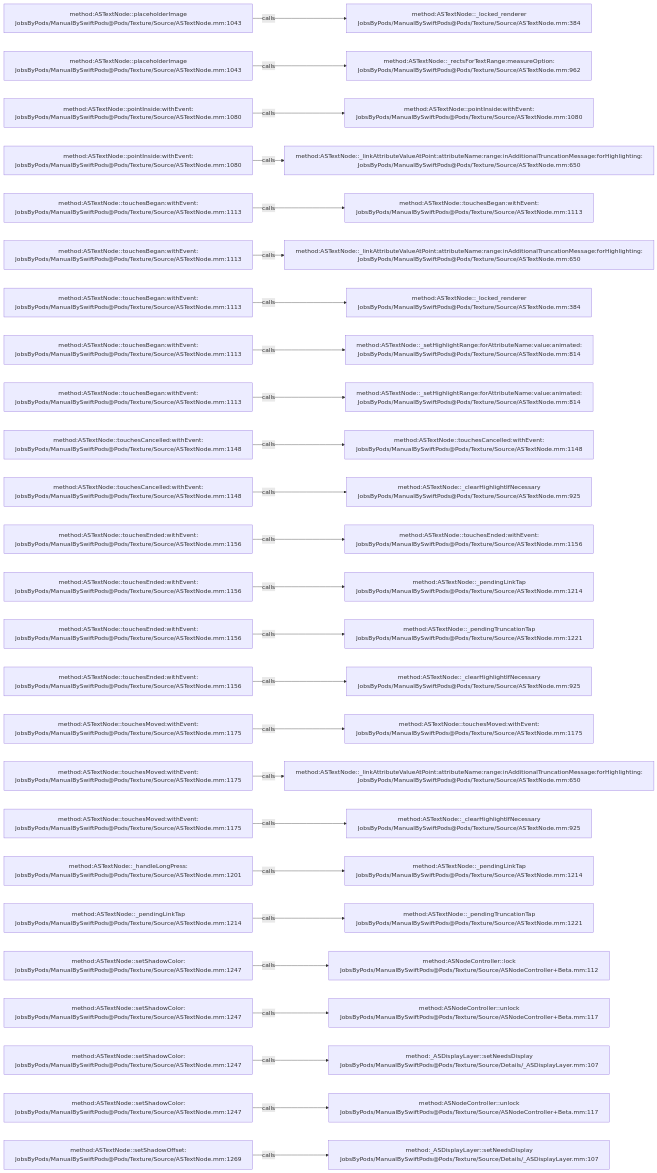
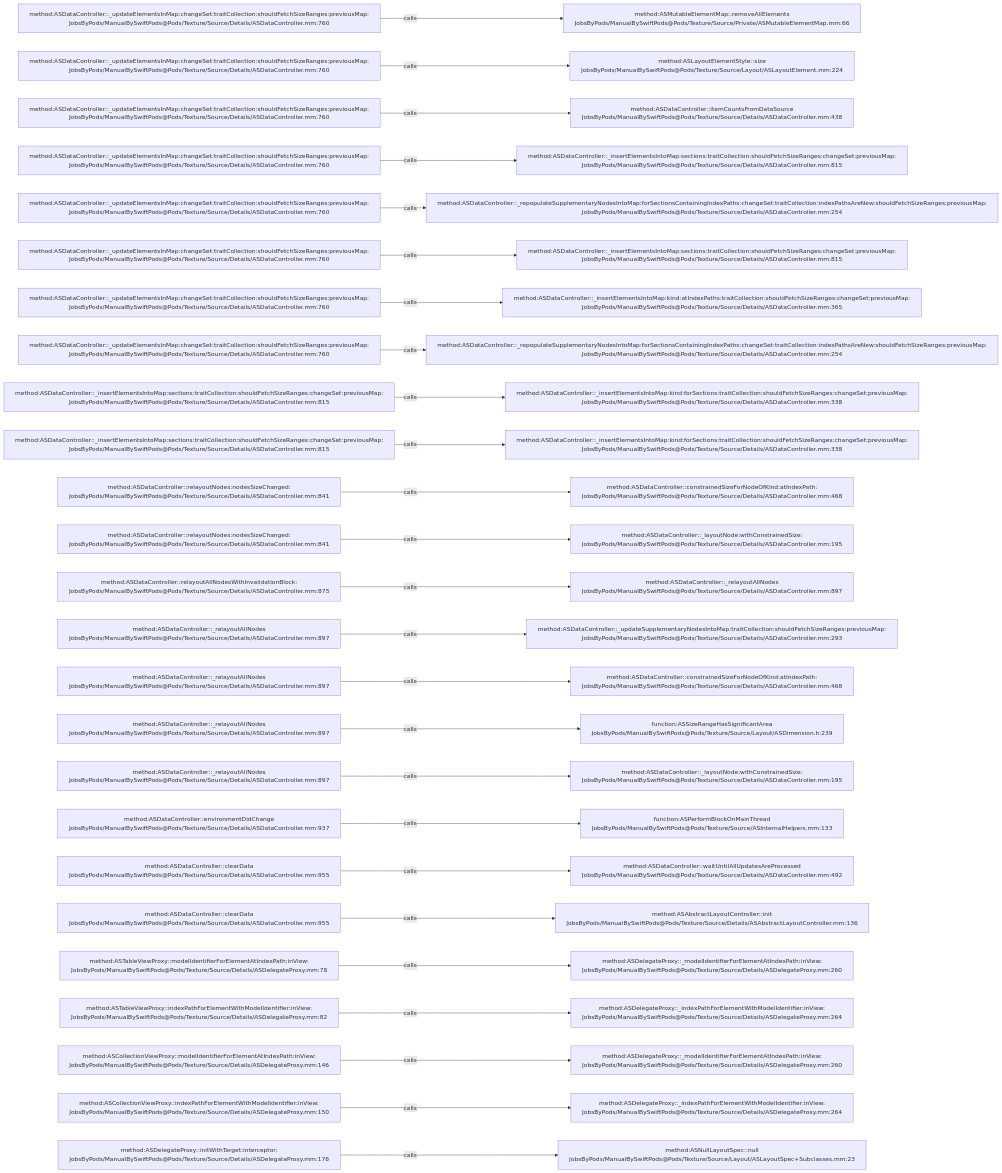
Before and after one commit to JobsKits/JobsSwiftBaseConfigDemo: the diagram in .codegraph/codegraph.md/graphs/calls-087.md, drawn with Mermaid. The commit also changed 832 other files, not shown here.

````diff
--- a/.codegraph/codegraph.md/graphs/calls-087.md
+++ b/.codegraph/codegraph.md/graphs/calls-087.md
@@ -13,78 +13,78 @@
 ```mermaid
 flowchart LR
-  S1["method:ASTextNode::placeholderImage<br/>JobsByPods/ManualBySwiftPods@Pods/Texture/Source/ASTextNode.mm:1043"]
-  T1["method:ASTextNode::_locked_renderer<br/>JobsByPods/ManualBySwiftPods@Pods/Texture/Source/ASTextNode.mm:384"]
+  S1["method:ASDataController::_updateElementsInMap:changeSet:traitCollection:shouldFetchSizeRanges:previousMap:<br/>JobsByPods/ManualBySwiftPods@Pods/Texture/Source/Details/ASDataController.mm:760"]
+  T1["method:ASMutableElementMap::removeAllElements<br/>JobsByPods/ManualBySwiftPods@Pods/Texture/Source/Private/ASMutableElementMap.mm:66"]
   S1 -->|calls| T1
-  S2["method:ASTextNode::placeholderImage<br/>JobsByPods/ManualBySwiftPods@Pods/Texture/Source/ASTextNode.mm:1043"]
-  T2["method:ASTextNode::_rectsForTextRange:measureOption:<br/>JobsByPods/ManualBySwiftPods@Pods/Texture/Source/ASTextNode.mm:962"]
+  S2["method:ASDataController::_updateElementsInMap:changeSet:traitCollection:shouldFetchSizeRanges:previousMap:<br/>JobsByPods/ManualBySwiftPods@Pods/Texture/Source/Details/ASDataController.mm:760"]
+  T2["method:ASLayoutElementStyle::size<br/>JobsByPods/ManualBySwiftPods@Pods/Texture/Source/Layout/ASLayoutElement.mm:224"]
   S2 -->|calls| T2
-  S3["method:ASTextNode::pointInside:withEvent:<br/>JobsByPods/ManualBySwiftPods@Pods/Texture/Source/ASTextNode.mm:1080"]
-  T3["method:ASTextNode::pointInside:withEvent:<br/>JobsByPods/ManualBySwiftPods@Pods/Texture/Source/ASTextNode.mm:1080"]
+  S3["method:ASDataController::_updateElementsInMap:changeSet:traitCollection:shouldFetchSizeRanges:previousMap:<br/>JobsByPods/ManualBySwiftPods@Pods/Texture/Source/Details/ASDataController.mm:760"]
+  T3["method:ASDataController::itemCountsFromDataSource<br/>JobsByPods/ManualBySwiftPods@Pods/Texture/Source/Details/ASDataController.mm:438"]
   S3 -->|calls| T3
-  S4["method:ASTextNode::pointInside:withEvent:<br/>JobsByPods/ManualBySwiftPods@Pods/Texture/Source/ASTextNode.mm:1080"]
-  T4["method:ASTextNode::_linkAttributeValueAtPoint:attributeName:range:inAdditionalTruncationMessage:forHighlighting:<br/>JobsByPods/ManualBySwiftPods@Pods/Texture/Source/ASTextNode.mm:650"]
+  S4["method:ASDataController::_updateElementsInMap:changeSet:traitCollection:shouldFetchSizeRanges:previousMap:<br/>JobsByPods/ManualBySwiftPods@Pods/Texture/Source/Details/ASDataController.mm:760"]
+  T4["method:ASDataController::_insertElementsIntoMap:sections:traitCollection:shouldFetchSizeRanges:changeSet:previousMap:<br/>JobsByPods/ManualBySwiftPods@Pods/Texture/Source/Details/ASDataController.mm:815"]
   S4 -->|calls| T4
-  S5["method:ASTextNode::touchesBegan:withEvent:<br/>JobsByPods/ManualBySwiftPods@Pods/Texture/Source/ASTextNode.mm:1113"]
-  T5["method:ASTextNode::touchesBegan:withEvent:<br/>JobsByPods/ManualBySwiftPods@Pods/Texture/Source/ASTextNode.mm:1113"]
+  S5["method:ASDataController::_updateElementsInMap:changeSet:traitCollection:shouldFetchSizeRanges:previousMap:<br/>JobsByPods/ManualBySwiftPods@Pods/Texture/Source/Details/ASDataController.mm:760"]
+  T5["method:ASDataController::_repopulateSupplementaryNodesIntoMap:forSectionsContainingIndexPaths:changeSet:traitCollection:indexPathsAreNew:shouldFetchSizeRanges:previousMap:<br/>JobsByPods/ManualBySwiftPods@Pods/Texture/Source/Details/ASDataController.mm:254"]
   S5 -->|calls| T5
-  S6["method:ASTextNode::touchesBegan:withEvent:<br/>JobsByPods/ManualBySwiftPods@Pods/Texture/Source/ASTextNode.mm:1113"]
-  T6["method:ASTextNode::_linkAttributeValueAtPoint:attributeName:range:inAdditionalTruncationMessage:forHighlighting:<br/>JobsByPods/ManualBySwiftPods@Pods/Texture/Source/ASTextNode.mm:650"]
+  S6["method:ASDataController::_updateElementsInMap:changeSet:traitCollection:shouldFetchSizeRanges:previousMap:<br/>JobsByPods/ManualBySwiftPods@Pods/Texture/Source/Details/ASDataController.mm:760"]
+  T6["method:ASDataController::_insertElementsIntoMap:sections:traitCollection:shouldFetchSizeRanges:changeSet:previousMap:<br/>JobsByPods/ManualBySwiftPods@Pods/Texture/Source/Details/ASDataController.mm:815"]
   S6 -->|calls| T6
-  S7["method:ASTextNode::touchesBegan:withEvent:<br/>JobsByPods/ManualBySwiftPods@Pods/Texture/Source/ASTextNode.mm:1113"]
-  T7["method:ASTextNode::_locked_renderer<br/>JobsByPods/ManualBySwiftPods@Pods/Texture/Source/ASTextNode.mm:384"]
+  S7["method:ASDataController::_updateElementsInMap:changeSet:traitCollection:shouldFetchSizeRanges:previousMap:<br/>JobsByPods/ManualBySwiftPods@Pods/Texture/Source/Details/ASDataController.mm:760"]
+  T7["method:ASDataController::_insertElementsIntoMap:kind:atIndexPaths:traitCollection:shouldFetchSizeRanges:changeSet:previousMap:<br/>JobsByPods/ManualBySwiftPods@Pods/Texture/Source/Details/ASDataController.mm:365"]
   S7 -->|calls| T7
-  S8["method:ASTextNode::touchesBegan:withEvent:<br/>JobsByPods/ManualBySwiftPods@Pods/Texture/Source/ASTextNode.mm:1113"]
-  T8["method:ASTextNode::_setHighlightRange:forAttributeName:value:animated:<br/>JobsByPods/ManualBySwiftPods@Pods/Texture/Source/ASTextNode.mm:814"]
+  S8["method:ASDataController::_updateElementsInMap:changeSet:traitCollection:shouldFetchSizeRanges:previousMap:<br/>JobsByPods/ManualBySwiftPods@Pods/Texture/Source/Details/ASDataController.mm:760"]
+  T8["method:ASDataController::_repopulateSupplementaryNodesIntoMap:forSectionsContainingIndexPaths:changeSet:traitCollection:indexPathsAreNew:shouldFetchSizeRanges:previousMap:<br/>JobsByPods/ManualBySwiftPods@Pods/Texture/Source/Details/ASDataController.mm:254"]
   S8 -->|calls| T8
-  S9["method:ASTextNode::touchesBegan:withEvent:<br/>JobsByPods/ManualBySwiftPods@Pods/Texture/Source/ASTextNode.mm:1113"]
-  T9["method:ASTextNode::_setHighlightRange:forAttributeName:value:animated:<br/>JobsByPods/ManualBySwiftPods@Pods/Texture/Source/ASTextNode.mm:814"]
+  S9["method:ASDataController::_insertElementsIntoMap:sections:traitCollection:shouldFetchSizeRanges:changeSet:previousMap:<br/>JobsByPods/ManualBySwiftPods@Pods/Texture/Source/Details/ASDataController.mm:815"]
+  T9["method:ASDataController::_insertElementsIntoMap:kind:forSections:traitCollection:shouldFetchSizeRanges:changeSet:previousMap:<br/>JobsByPods/ManualBySwiftPods@Pods/Texture/Source/Details/ASDataController.mm:338"]
   S9 -->|calls| T9
-  S10["method:ASTextNode::touchesCancelled:withEvent:<br/>JobsByPods/ManualBySwiftPods@Pods/Texture/Source/ASTextNode.mm:1148"]
-  T10["method:ASTextNode::touchesCancelled:withEvent:<br/>JobsByPods/ManualBySwiftPods@Pods/Texture/Source/ASTextNode.mm:1148"]
+  S10["method:ASDataController::_insertElementsIntoMap:sections:traitCollection:shouldFetchSizeRanges:changeSet:previousMap:<br/>JobsByPods/ManualBySwiftPods@Pods/Texture/Source/Details/ASDataController.mm:815"]
+  T10["method:ASDataController::_insertElementsIntoMap:kind:forSections:traitCollection:shouldFetchSizeRanges:changeSet:previousMap:<br/>JobsByPods/ManualBySwiftPods@Pods/Texture/Source/Details/ASDataController.mm:338"]
   S10 -->|calls| T10
-  S11["method:ASTextNode::touchesCancelled:withEvent:<br/>JobsByPods/ManualBySwiftPods@Pods/Texture/Source/ASTextNode.mm:1148"]
-  T11["method:ASTextNode::_clearHighlightIfNecessary<br/>JobsByPods/ManualBySwiftPods@Pods/Texture/Source/ASTextNode.mm:925"]
+  S11["method:ASDataController::relayoutNodes:nodesSizeChanged:<br/>JobsByPods/ManualBySwiftPods@Pods/Texture/Source/Details/ASDataController.mm:841"]
+  T11["method:ASDataController::constrainedSizeForNodeOfKind:atIndexPath:<br/>JobsByPods/ManualBySwiftPods@Pods/Texture/Source/Details/ASDataController.mm:468"]
   S11 -->|calls| T11
-  S12["method:ASTextNode::touchesEnded:withEvent:<br/>JobsByPods/ManualBySwiftPods@Pods/Texture/Source/ASTextNode.mm:1156"]
-  T12["method:ASTextNode::touchesEnded:withEvent:<br/>JobsByPods/ManualBySwiftPods@Pods/Texture/Source/ASTextNode.mm:1156"]
+  S12["method:ASDataController::relayoutNodes:nodesSizeChanged:<br/>JobsByPods/ManualBySwiftPods@Pods/Texture/Source/Details/ASDataController.mm:841"]
+  T12["method:ASDataController::_layoutNode:withConstrainedSize:<br/>JobsByPods/ManualBySwiftPods@Pods/Texture/Source/Details/ASDataController.mm:195"]
   S12 -->|calls| T12
-  S13["method:ASTextNode::touchesEnded:withEvent:<br/>JobsByPods/ManualBySwiftPods@Pods/Texture/Source/ASTextNode.mm:1156"]
-  T13["method:ASTextNode::_pendingLinkTap<br/>JobsByPods/ManualBySwiftPods@Pods/Texture/Source/ASTextNode.mm:1214"]
+  S13["method:ASDataController::relayoutAllNodesWithInvalidationBlock:<br/>JobsByPods/ManualBySwiftPods@Pods/Texture/Source/Details/ASDataController.mm:875"]
+  T13["method:ASDataController::_relayoutAllNodes<br/>JobsByPods/ManualBySwiftPods@Pods/Texture/Source/Details/ASDataController.mm:897"]
   S13 -->|calls| T13
-  S14["method:ASTextNode::touchesEnded:withEvent:<br/>JobsByPods/ManualBySwiftPods@Pods/Texture/Source/ASTextNode.mm:1156"]
-  T14["method:ASTextNode::_pendingTruncationTap<br/>JobsByPods/ManualBySwiftPods@Pods/Texture/Source/ASTextNode.mm:1221"]
+  S14["method:ASDataController::_relayoutAllNodes<br/>JobsByPods/ManualBySwiftPods@Pods/Texture/Source/Details/ASDataController.mm:897"]
+  T14["method:ASDataController::_updateSupplementaryNodesIntoMap:traitCollection:shouldFetchSizeRanges:previousMap:<br/>JobsByPods/ManualBySwiftPods@Pods/Texture/Source/Details/ASDataController.mm:293"]
   S14 -->|calls| T14
-  S15["method:ASTextNode::touchesEnded:withEvent:<br/>JobsByPods/ManualBySwiftPods@Pods/Texture/Source/ASTextNode.mm:1156"]
-  T15["method:ASTextNode::_clearHighlightIfNecessary<br/>JobsByPods/ManualBySwiftPods@Pods/Texture/Source/ASTextNode.mm:925"]
+  S15["method:ASDataController::_relayoutAllNodes<br/>JobsByPods/ManualBySwiftPods@Pods/Texture/Source/Details/ASDataController.mm:897"]
+  T15["method:ASDataController::constrainedSizeForNodeOfKind:atIndexPath:<br/>JobsByPods/ManualBySwiftPods@Pods/Texture/Source/Details/ASDataController.mm:468"]
   S15 -->|calls| T15
-  S16["method:ASTextNode::touchesMoved:withEvent:<br/>JobsByPods/ManualBySwiftPods@Pods/Texture/Source/ASTextNode.mm:1175"]
-  T16["method:ASTextNode::touchesMoved:withEvent:<br/>JobsByPods/ManualBySwiftPods@Pods/Texture/Source/ASTextNode.mm:1175"]
+  S16["method:ASDataController::_relayoutAllNodes<br/>JobsByPods/ManualBySwiftPods@Pods/Texture/Source/Details/ASDataController.mm:897"]
+  T16["function:ASSizeRangeHasSignificantArea<br/>JobsByPods/ManualBySwiftPods@Pods/Texture/Source/Layout/ASDimension.h:239"]
   S16 -->|calls| T16
-  S17["method:ASTextNode::touchesMoved:withEvent:<br/>JobsByPods/ManualBySwiftPods@Pods/Texture/Source/ASTextNode.mm:1175"]
-  T17["method:ASTextNode::_linkAttributeValueAtPoint:attributeName:range:inAdditionalTruncationMessage:forHighlighting:<br/>JobsByPods/ManualBySwiftPods@Pods/Texture/Source/ASTextNode.mm:650"]
+  S17["method:ASDataController::_relayoutAllNodes<br/>JobsByPods/ManualBySwiftPods@Pods/Texture/Source/Details/ASDataController.mm:897"]
+  T17["method:ASDataController::_layoutNode:withConstrainedSize:<br/>JobsByPods/ManualBySwiftPods@Pods/Texture/Source/Details/ASDataController.mm:195"]
   S17 -->|calls| T17
-  S18["method:ASTextNode::touchesMoved:withEvent:<br/>JobsByPods/ManualBySwiftPods@Pods/Texture/Source/ASTextNode.mm:1175"]
-  T18["method:ASTextNode::_clearHighlightIfNecessary<br/>JobsByPods/ManualBySwiftPods@Pods/Texture/Source/ASTextNode.mm:925"]
+  S18["method:ASDataController::environmentDidChange<br/>JobsByPods/ManualBySwiftPods@Pods/Texture/Source/Details/ASDataController.mm:937"]
+  T18["function:ASPerformBlockOnMainThread<br/>JobsByPods/ManualBySwiftPods@Pods/Texture/Source/ASInternalHelpers.mm:133"]
   S18 -->|calls| T18
-  S19["method:ASTextNode::_handleLongPress:<br/>JobsByPods/ManualBySwiftPods@Pods/Texture/Source/ASTextNode.mm:1201"]
-  T19["method:ASTextNode::_pendingLinkTap<br/>JobsByPods/ManualBySwiftPods@Pods/Texture/Source/ASTextNode.mm:1214"]
+  S19["method:ASDataController::clearData<br/>JobsByPods/ManualBySwiftPods@Pods/Texture/Source/Details/ASDataController.mm:955"]
+  T19["method:ASDataController::waitUntilAllUpdatesAreProcessed<br/>JobsByPods/ManualBySwiftPods@Pods/Texture/Source/Details/ASDataController.mm:492"]
   S19 -->|calls| T19
-  S20["method:ASTextNode::_pendingLinkTap<br/>JobsByPods/ManualBySwiftPods@Pods/Texture/Source/ASTextNode.mm:1214"]
-  T20["method:ASTextNode::_pendingTruncationTap<br/>JobsByPods/ManualBySwiftPods@Pods/Texture/Source/ASTextNode.mm:1221"]
+  S20["method:ASDataController::clearData<br/>JobsByPods/ManualBySwiftPods@Pods/Texture/Source/Details/ASDataController.mm:955"]
+  T20["method:ASAbstractLayoutController::init<br/>JobsByPods/ManualBySwiftPods@Pods/Texture/Source/Details/ASAbstractLayoutController.mm:136"]
   S20 -->|calls| T20
-  S21["method:ASTextNode::setShadowColor:<br/>JobsByPods/ManualBySwiftPods@Pods/Texture/Source/ASTextNode.mm:1247"]
-  T21["method:ASNodeController::lock<br/>JobsByPods/ManualBySwiftPods@Pods/Texture/Source/ASNodeController+Beta.mm:112"]
+  S21["method:ASTableViewProxy::modelIdentifierForElementAtIndexPath:inView:<br/>JobsByPods/ManualBySwiftPods@Pods/Texture/Source/Details/ASDelegateProxy.mm:78"]
+  T21["method:ASDelegateProxy::_modelIdentifierForElementAtIndexPath:inView:<br/>JobsByPods/ManualBySwiftPods@Pods/Texture/Source/Details/ASDelegateProxy.mm:260"]
   S21 -->|calls| T21
-  S22["method:ASTextNode::setShadowColor:<br/>JobsByPods/ManualBySwiftPods@Pods/Texture/Source/ASTextNode.mm:1247"]
-  T22["method:ASNodeController::unlock<br/>JobsByPods/ManualBySwiftPods@Pods/Texture/Source/ASNodeController+Beta.mm:117"]
+  S22["method:ASTableViewProxy::indexPathForElementWithModelIdentifier:inView:<br/>JobsByPods/ManualBySwiftPods@Pods/Texture/Source/Details/ASDelegateProxy.mm:82"]
+  T22["method:ASDelegateProxy::_indexPathForElementWithModelIdentifier:inView:<br/>JobsByPods/ManualBySwiftPods@Pods/Texture/Source/Details/ASDelegateProxy.mm:264"]
   S22 -->|calls| T22
-  S23["method:ASTextNode::setShadowColor:<br/>JobsByPods/ManualBySwiftPods@Pods/Texture/Source/ASTextNode.mm:1247"]
-  T23["method:_ASDisplayLayer::setNeedsDisplay<br/>JobsByPods/ManualBySwiftPods@Pods/Texture/Source/Details/_ASDisplayLayer.mm:107"]
+  S23["method:ASCollectionViewProxy::modelIdentifierForElementAtIndexPath:inView:<br/>JobsByPods/ManualBySwiftPods@Pods/Texture/Source/Details/ASDelegateProxy.mm:146"]
+  T23["method:ASDelegateProxy::_modelIdentifierForElementAtIndexPath:inView:<br/>JobsByPods/ManualBySwiftPods@Pods/Texture/Source/Details/ASDelegateProxy.mm:260"]
   S23 -->|calls| T23
-  S24["method:ASTextNode::setShadowColor:<br/>JobsByPods/ManualBySwiftPods@Pods/Texture/Source/ASTextNode.mm:1247"]
-  T24["method:ASNodeController::unlock<br/>JobsByPods/ManualBySwiftPods@Pods/Texture/Source/ASNodeController+Beta.mm:117"]
+  S24["method:ASCollectionViewProxy::indexPathForElementWithModelIdentifier:inView:<br/>JobsByPods/ManualBySwiftPods@Pods/Texture/Source/Details/ASDelegateProxy.mm:150"]
+  T24["method:ASDelegateProxy::_indexPathForElementWithModelIdentifier:inView:<br/>JobsByPods/ManualBySwiftPods@Pods/Texture/Source/Details/ASDelegateProxy.mm:264"]
   S24 -->|calls| T24
-  S25["method:ASTextNode::setShadowOffset:<br/>JobsByPods/ManualBySwiftPods@Pods/Texture/Source/ASTextNode.mm:1269"]
-  T25["method:_ASDisplayLayer::setNeedsDisplay<br/>JobsByPods/ManualBySwiftPods@Pods/Texture/Source/Details/_ASDisplayLayer.mm:107"]
+  S25["method:ASDelegateProxy::initWithTarget:interceptor:<br/>JobsByPods/ManualBySwiftPods@Pods/Texture/Source/Details/ASDelegateProxy.mm:176"]
+  T25["method:ASNullLayoutSpec::null<br/>JobsByPods/ManualBySwiftPods@Pods/Texture/Source/Layout/ASLayoutSpec+Subclasses.mm:23"]
   S25 -->|calls| T25
 ```
````
